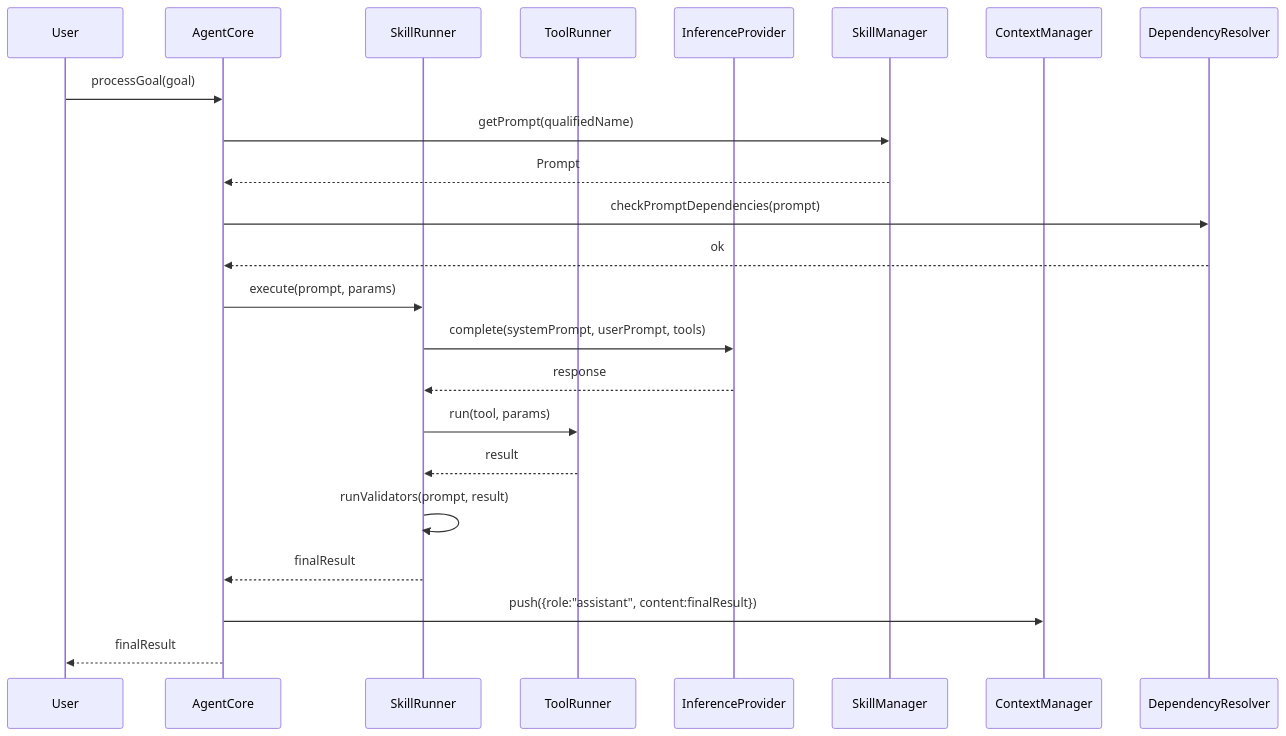
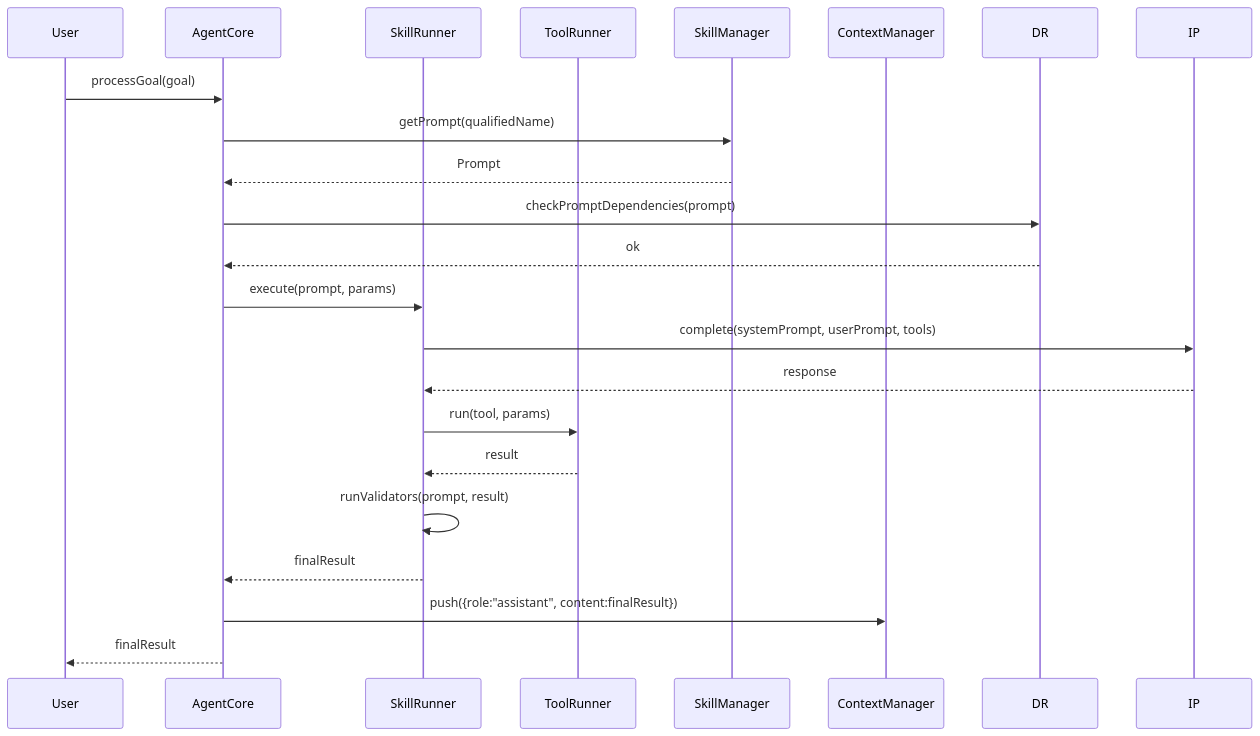
Before and after one commit to opensassi/a0: the second of 2 diagrams in src/agent_interfaces.spec.md, drawn with Mermaid. The commit also changed other lines of this file and 50 other files, not shown here.

````diff
--- a/src/agent_interfaces.spec.md
+++ b/src/agent_interfaces.spec.md
@@ -452,30 +419,28 @@
 ```mermaid
 sequenceDiagram
     participant User
     participant AC as AgentCore
     participant SR as SkillRunner
     participant TR as ToolRunner
-    participant IP as InferenceProvider
     participant SM as SkillManager
     participant CM as ContextManager
-    participant DR as DependencyResolver
 
     participant SM as SkillManager
     participant CM as ContextManager
 
     User->>AC: processGoal(goal)
     AC->>SM: getPrompt(qualifiedName)
     SM-->>AC: Prompt
 
     AC->>DR: checkPromptDependencies(prompt)
     DR-->>AC: ok
     AC->>SR: execute(prompt, params)
     SR->>IP: complete(systemPrompt, userPrompt, tools)
     IP-->>SR: response
     SR->>TR: run(tool, params)
     TR-->>SR: result
     SR->>SR: runValidators(prompt, result)
     SR-->>AC: finalResult
     AC->>CM: push({role:"assistant", content:finalResult})
     AC-->>User: finalResult
 ```
````
